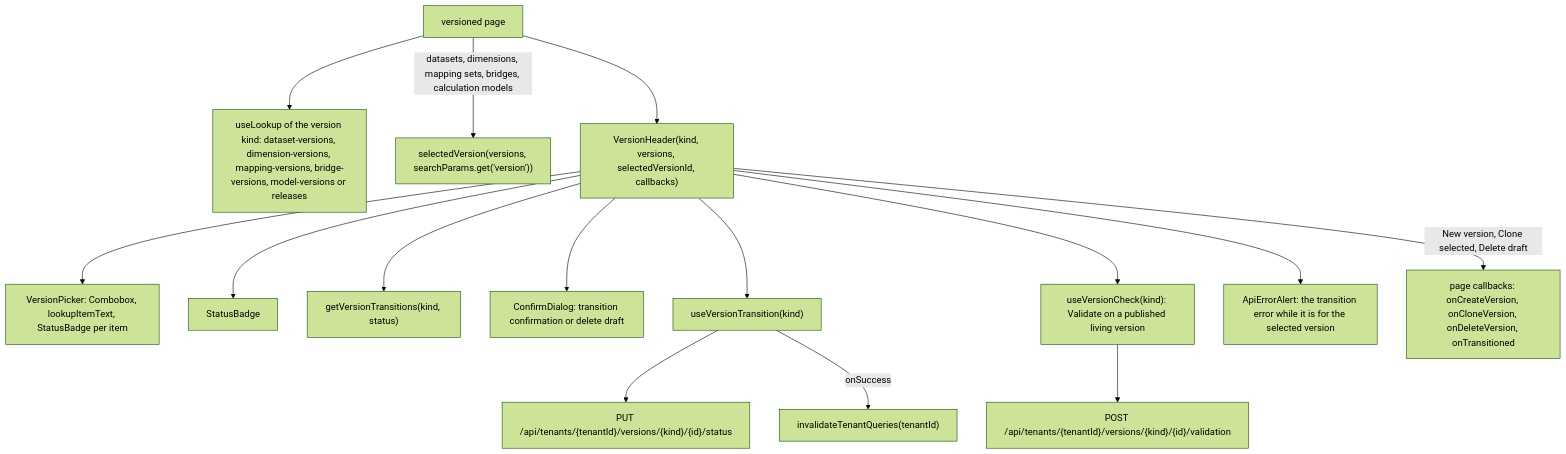
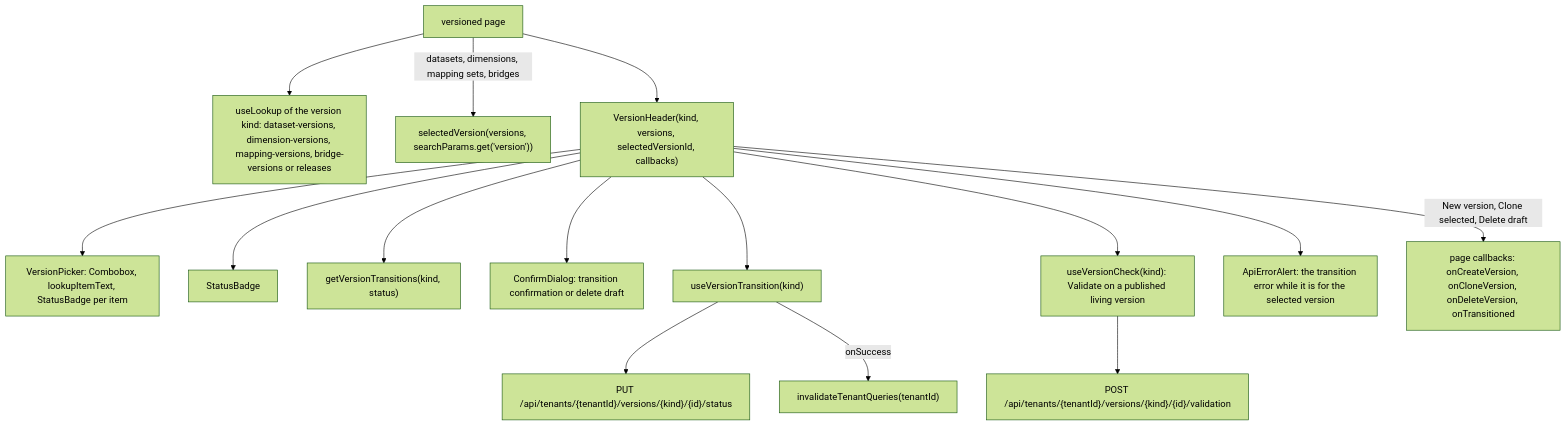
One commit to chrisaliotta/Quantalytix.QueryEngine.Admin changed the sixth of 9 diagrams in web/docs/architecture/03-how-it-works.md. Above: the diagram before and after it, drawn with Mermaid (forest theme). The commit also changed other lines of this file and 160 other files, not shown here.

First line of the commit message:
feat: update API documentation and architecture for versioning and report handling

````diff
--- a/web/docs/architecture/03-how-it-works.md
+++ b/web/docs/architecture/03-how-it-works.md
@@ -279,32 +277,32 @@
 ```mermaid
 flowchart TB
     Page["versioned page"]
-    Lookup["useLookup of the version kind: dataset-versions, dimension-versions, mapping-versions, bridge-versions, model-versions or releases"]
+    Lookup["useLookup of the version kind: dataset-versions, dimension-versions, mapping-versions, bridge-versions or releases"]
     Select["selectedVersion(versions, searchParams.get('version'))"]
     Header["VersionHeader(kind, versions, selectedVersionId, callbacks)"]
     Picker["VersionPicker: Combobox, lookupItemText, StatusBadge per item"]
     Badge["StatusBadge"]
     Transitions["getVersionTransitions(kind, status)"]
     Confirm["ConfirmDialog: transition confirmation or delete draft"]
     Mutation["useVersionTransition(kind)"]
     Check["useVersionCheck(kind): Validate on a published living version"]
     CheckPost["POST /api/tenants/{tenantId}/versions/{kind}/{id}/validation"]
     Put["PUT /api/tenants/{tenantId}/versions/{kind}/{id}/status"]
     Invalidate["invalidateTenantQueries(tenantId)"]
     Alert["ApiErrorAlert: the transition error while it is for the selected version"]
     Callbacks["page callbacks: onCreateVersion, onCloneVersion, onDeleteVersion, onTransitioned"]
     Page --> Lookup
-    Page -->|"datasets, dimensions, mapping sets, bridges, calculation models"| Select
+    Page -->|"datasets, dimensions, mapping sets, bridges"| Select
     Page --> Header
     Header --> Picker
     Header --> Badge
     Header --> Transitions
     Header --> Confirm
     Header --> Mutation
     Header --> Check
     Check --> CheckPost
     Header --> Alert
     Header -->|"New version, Clone selected, Delete draft"| Callbacks
     Mutation --> Put
     Mutation -->|"onSuccess"| Invalidate
 ```
````
